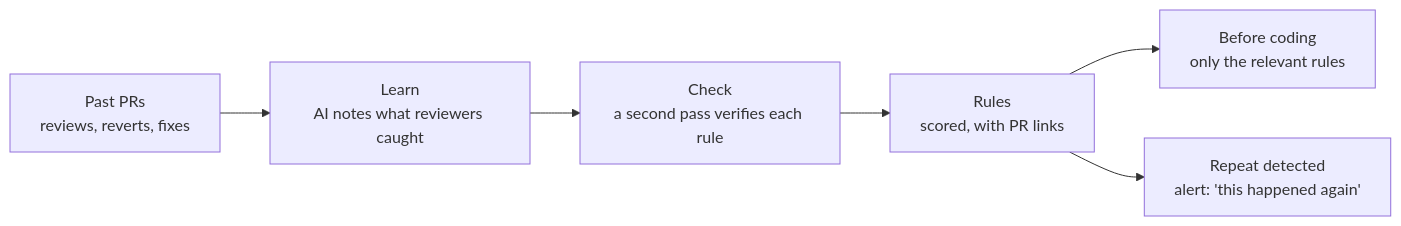
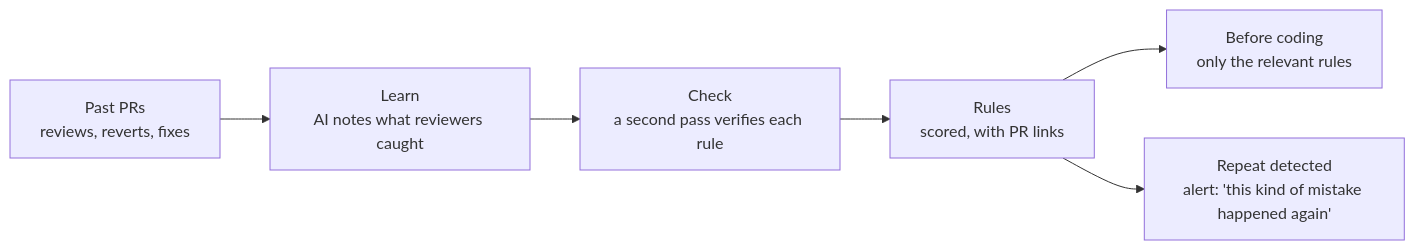
Before and after one commit to paarths-collab/github-pr-context-mcp: the diagram in README.md, drawn with Mermaid. The commit also changed other lines of this file and 9 other files, not shown here.

First line of the commit message:
Group lessons into mistake families to catch the same kind of mistake

````diff
--- a/README.md
+++ b/README.md
@@ -25,8 +25,8 @@
 ```mermaid
 flowchart LR
     A["Past PRs<br/>reviews, reverts, fixes"] --> B["Learn<br/>AI notes what reviewers caught"]
     B --> C["Check<br/>a second pass verifies each rule"]
     C --> D["Rules<br/>scored, with PR links"]
     D --> E["Before coding<br/>only the relevant rules"]
-    D --> F["Repeat detected<br/>alert: 'this happened again'"]
+    D --> F["Repeat detected<br/>alert: 'this kind of mistake happened again'"]
 ```
````
